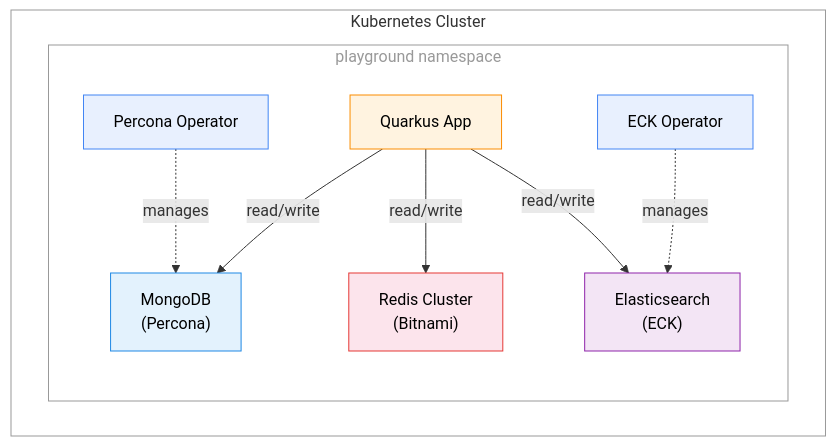
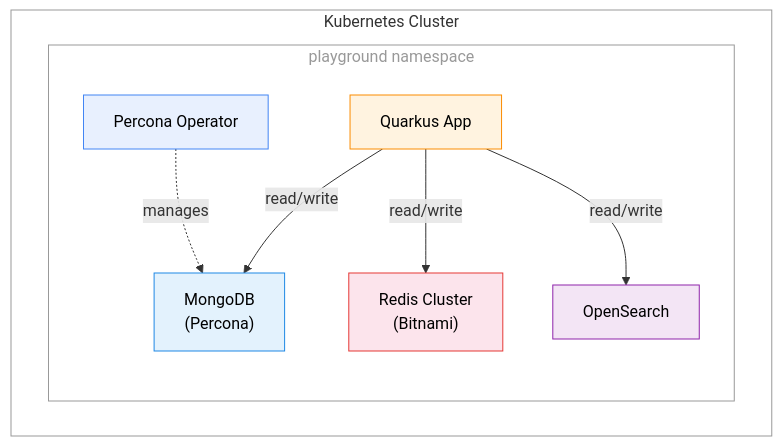
The diagram in README.md (Sripadmanabans/quarkus-playground), drawn with Mermaid before and after one commit. The commit also changed other lines of this file and 14 other files, not shown here.

First line of the commit message:
Migrate from Elasticsearch to OpenSearch

````diff
--- a/README.md
+++ b/README.md
@@ -160,28 +160,25 @@
 ```mermaid
 graph TB
   subgraph cluster["Kubernetes Cluster"]
     subgraph playground["playground namespace"]
       percona["Percona Operator"]
-      eckOp["ECK Operator"]
       app["Quarkus App"]
       mongo["MongoDB\n(Percona)"]
       redis["Redis Cluster\n(Bitnami)"]
-      es["Elasticsearch\n(ECK)"]
+      os["OpenSearch"]
 
       app -->|read/write| mongo
       app -->|read/write| redis
-      app -->|read/write| es
+      app -->|read/write| os
       percona -.->|manages| mongo
-      eckOp -.->|manages| es
     end
   end
 
   style cluster fill:none,stroke:#999
   style playground fill:none,stroke:#999,color:#999
   style app fill:#fff3e0,stroke:#fb8c00,color:#000
   style mongo fill:#e3f2fd,stroke:#1e88e5,color:#000
   style redis fill:#fce4ec,stroke:#e53935,color:#000
-  style es fill:#f3e5f5,stroke:#8e24aa,color:#000
+  style os fill:#f3e5f5,stroke:#8e24aa,color:#000
   style percona fill:#e8f0fe,stroke:#4285f4,color:#000
-  style eckOp fill:#e8f0fe,stroke:#4285f4,color:#000
 ```
````
